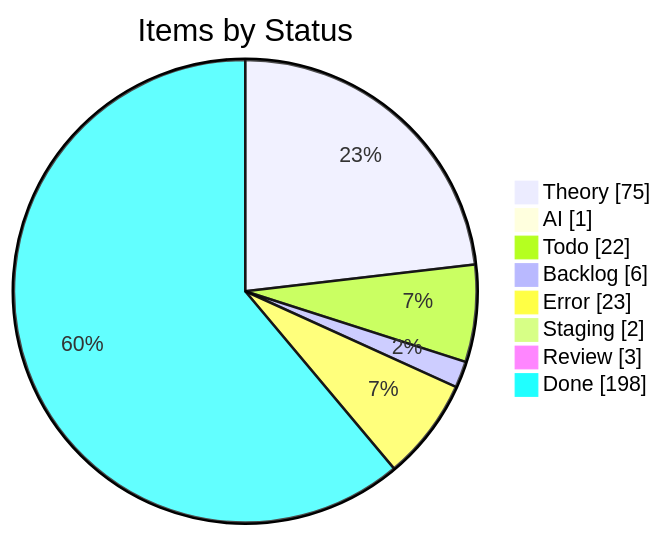
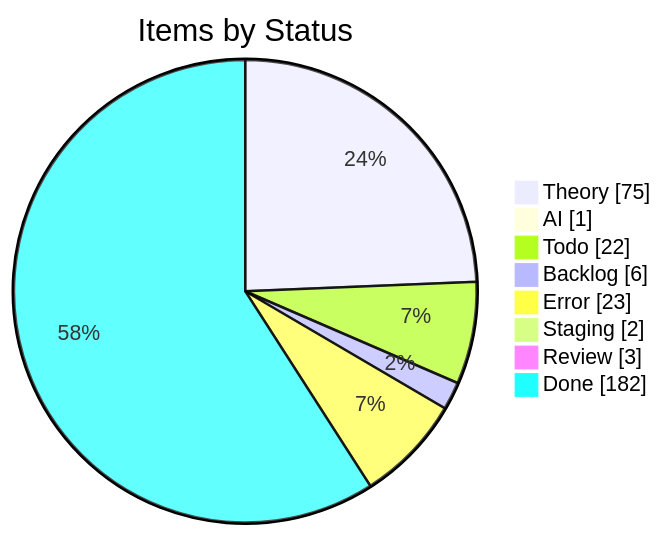
The first of 4 diagrams in apps/kbve/astro-kbve/src/content/docs/dashboard/kanban-data.mdx (KBVE/kbve), drawn with Mermaid before and after one commit. The commit also changed other lines of this file and 8 other files, not shown here.

````diff
--- a/apps/kbve/astro-kbve/src/content/docs/dashboard/kanban-data.mdx
+++ b/apps/kbve/astro-kbve/src/content/docs/dashboard/kanban-data.mdx
@@ -55,12 +55,12 @@
 ```mermaid
 pie showData
     title Items by Status
     "Theory" : 75
     "AI" : 1
     "Todo" : 22
     "Backlog" : 6
     "Error" : 23
     "Staging" : 2
     "Review" : 3
-    "Done" : 198
+    "Done" : 182
 ```
````
